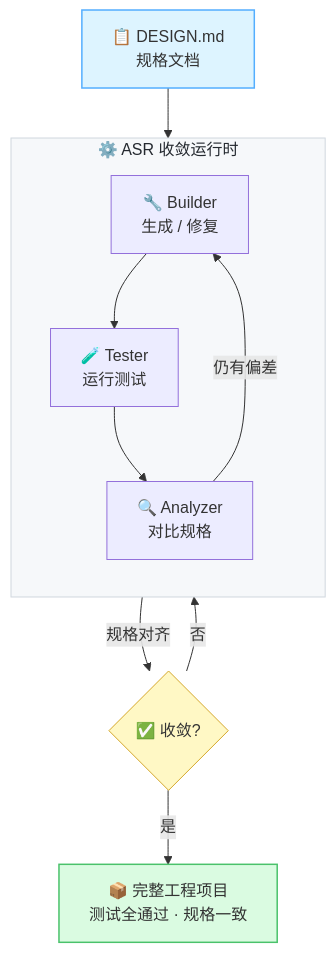
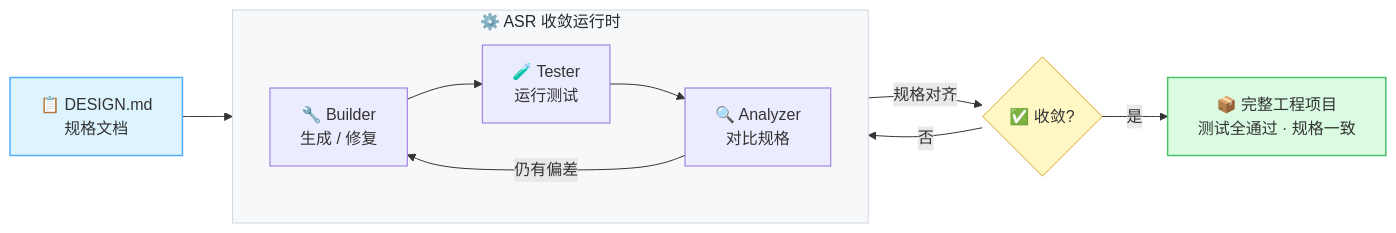
The diagram in README.md (georgewangchn/AI-Software-Runtime), drawn with Mermaid before and after one commit.

Commit message:
docs: Mermaid图改为LR横向布局，解决窄长问题

````diff
--- a/README.md
+++ b/README.md
@@ -83,20 +83,19 @@
 ```mermaid
-flowchart TD
+flowchart LR
     D["📋 DESIGN.md<br/>规格文档"] --> RT
 
     subgraph RT["⚙️ ASR 收敛运行时"]
-        direction TB
-        B["🔧 Builder<br/>生成 / 修复"] --> T["🧪 Tester<br/>运行测试"]
-        T --> A["🔍 Analyzer<br/>对比规格"]
+        direction LR
+        B["🔧 Builder<br/>生成 / 修复"] --> T["🧪 Tester<br/>运行测试"] --> A["🔍 Analyzer<br/>对比规格"]
         A -->|仍有偏差| B
     end
 
     A -->|规格对齐| C{"✅ 收敛?"}
     C -->|否| B
     C -->|是| O["📦 完整工程项目<br/>测试全通过 · 规格一致"]
 
     style D fill:#ddf4ff,stroke:#54aeff,stroke-width:1.5px
     style O fill:#dafbe1,stroke:#4ac26b,stroke-width:1.5px
     style C fill:#fff8c5,stroke:#d4a72c
     style RT fill:#f6f8fa,stroke:#d0d7de,stroke-width:1px,color:#24292f
 ```
````
